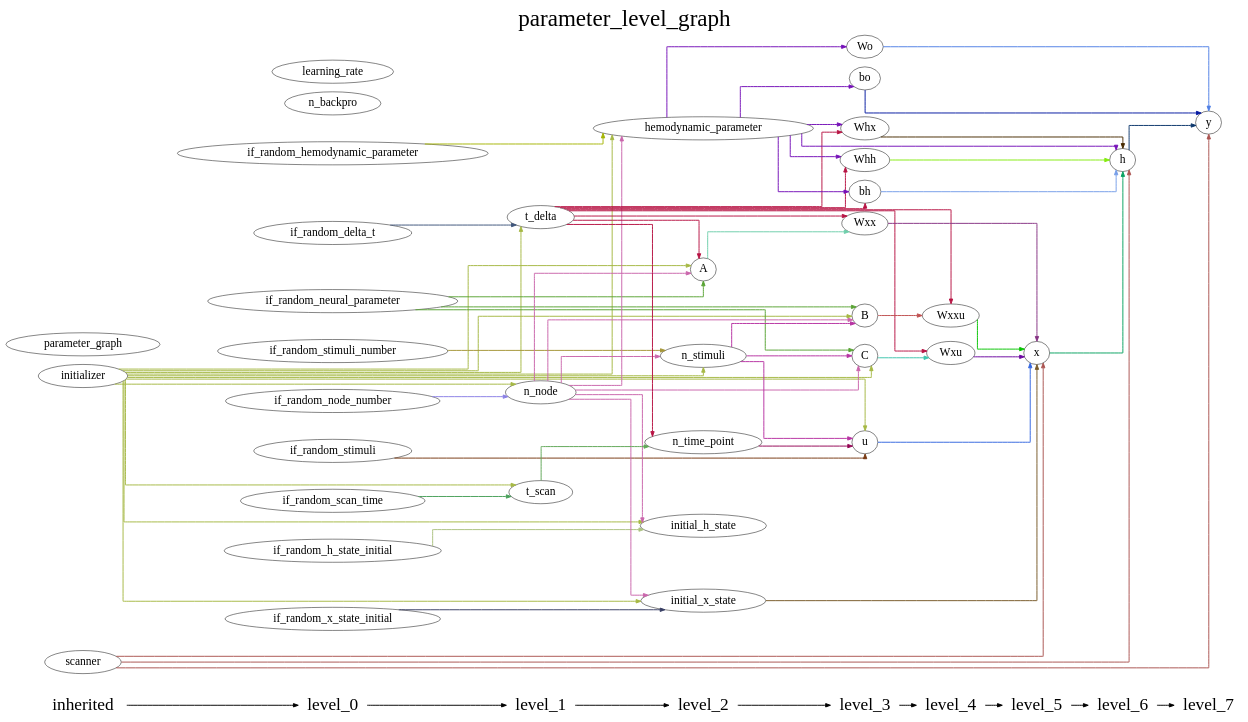
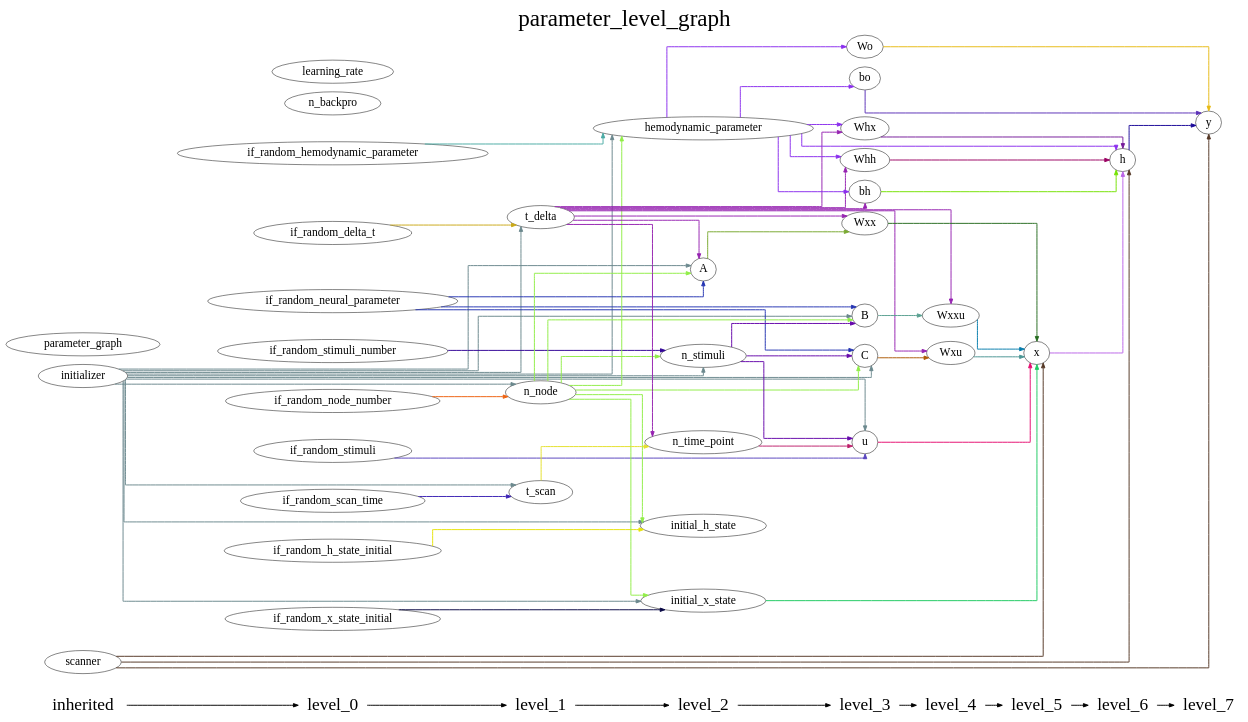
Before and after one commit to YuanWangOnward/DCM_RNN: the diagram in DCM_RNN/documents/parameter_level_graph.gv, drawn with Graphviz. The commit also changed 6 other files, not shown here.

```diff
--- a/DCM_RNN/documents/parameter_level_graph.gv
+++ b/DCM_RNN/documents/parameter_level_graph.gv
@@ -1,156 +1,156 @@
 digraph G {
           splines=ortho;
           fontsize = 48;
           rankdir = "LR";
           node[fontsize=24];
           edge[penwidth=2];
           {
           node [shape=plaintext fontsize=36];
           inherited -> 
           level_0 -> 
           level_1 -> 
           level_2 -> 
           level_3 -> 
           level_4 -> 
           level_5 -> 
           level_6 -> 
           level_7
           }
           {rank = same;
           inherited;
           initializer;
           parameter_graph;
           scanner;
           }
           {rank = same;
           level_0;
           if_random_neural_parameter;
           if_random_hemodynamic_parameter;
           if_random_x_state_initial;
           if_random_h_state_initial;
           if_random_stimuli;
           if_random_node_number;
           if_random_stimuli_number;
           if_random_delta_t;
           if_random_scan_time;
           n_backpro;
           learning_rate;
           }
           {rank = same;
           level_1;
           n_node;
           t_delta;
           t_scan;
           }
           {rank = same;
           level_2;
           n_time_point;
           n_stimuli;
           A;
           hemodynamic_parameter;
           initial_x_state;
           initial_h_state;
           }
           {rank = same;
           level_3;
           u;
           B;
           C;
           Wxx;
           Whx;
           Whh;
           bh;
           Wo;
           bo;
           }
           {rank = same;
           level_4;
           Wxxu;
           Wxu;
           }
           {rank = same;
           level_5;
           x;
           }
           {rank = same;
           level_6;
           h;
           }
           {rank = same;
           level_7;
           y;
           }
-          hemodynamic_parameter -> Whx [color="#7611B8"];
-          hemodynamic_parameter -> bh [color="#7611B8"];
-          hemodynamic_parameter -> Wo [color="#7611B8"];
-          hemodynamic_parameter -> bo [color="#7611B8"];
-          hemodynamic_parameter -> h [color="#7611B8"];
-          hemodynamic_parameter -> Whh [color="#7611B8"];
-          Wxxu -> x [color="#06C401"];
-          bh -> h [color="#779EE9"];
-          Wxx -> x [color="#863384"];
-          if_random_hemodynamic_parameter -> hemodynamic_parameter [color="#A6B506"];
-          t_scan -> n_time_point [color="#60A757"];
-          if_random_node_number -> n_node [color="#8A80E5"];
-          u -> x [color="#3467E0"];
-          if_random_neural_parameter -> B [color="#59A435"];
-          if_random_neural_parameter -> C [color="#59A435"];
-          if_random_neural_parameter -> A [color="#59A435"];
-          C -> Wxu [color="#3EC6AE"];
-          Wo -> y [color="#5080E5"];
-          n_time_point -> u [color="#950655"];
-          if_random_scan_time -> t_scan [color="#49A05A"];
+          u -> x [color="#E60C70"];
+          Wo -> y [color="#E7BA15"];
+          t_delta -> A [color="#9623B1"];
+          t_delta -> n_time_point [color="#9623B1"];
+          t_delta -> Whh [color="#9623B1"];
+          t_delta -> Wxx [color="#9623B1"];
+          t_delta -> Wxxu [color="#9623B1"];
+          t_delta -> Wxu [color="#9623B1"];
+          t_delta -> Whx [color="#9623B1"];
+          t_delta -> bh [color="#9623B1"];
+          initializer -> u [color="#6B888E"];
+          initializer -> t_delta [color="#6B888E"];
+          initializer -> n_stimuli [color="#6B888E"];
+          initializer -> t_scan [color="#6B888E"];
+          initializer -> hemodynamic_parameter [color="#6B888E"];
+          initializer -> C [color="#6B888E"];
+          initializer -> B [color="#6B888E"];
+          initializer -> n_node [color="#6B888E"];
+          initializer -> A [color="#6B888E"];
+          initializer -> initial_h_state [color="#6B888E"];
+          initializer -> initial_x_state [color="#6B888E"];
+          if_random_x_state_initial -> initial_x_state [color="#080744"];
+          initial_h_state ;
+          n_backpro ;
+          if_random_neural_parameter -> C [color="#2535B2"];
+          if_random_neural_parameter -> B [color="#2535B2"];
+          if_random_neural_parameter -> A [color="#2535B2"];
+          t_scan -> n_time_point [color="#E4E02B"];
+          hemodynamic_parameter -> Wo [color="#8A2EEE"];
+          hemodynamic_parameter -> Whh [color="#8A2EEE"];
+          hemodynamic_parameter -> bo [color="#8A2EEE"];
+          hemodynamic_parameter -> Whx [color="#8A2EEE"];
+          hemodynamic_parameter -> h [color="#8A2EEE"];
+          hemodynamic_parameter -> bh [color="#8A2EEE"];
+          if_random_scan_time -> t_scan [color="#3C23B5"];
+          C -> Wxu [color="#AE5B07"];
+          B -> Wxxu [color="#59A091"];
+          Wxx -> x [color="#266C20"];
+          n_node -> n_stimuli [color="#91EE48"];
+          n_node -> hemodynamic_parameter [color="#91EE48"];
+          n_node -> C [color="#91EE48"];
+          n_node -> B [color="#91EE48"];
+          n_node -> A [color="#91EE48"];
+          n_node -> initial_h_state [color="#91EE48"];
+          n_node -> initial_x_state [color="#91EE48"];
+          if_random_hemodynamic_parameter -> hemodynamic_parameter [color="#4BABA5"];
+          scanner -> x [color="#543725"];
+          scanner -> h [color="#543725"];
+          scanner -> y [color="#543725"];
+          parameter_graph ;
+          if_random_node_number -> n_node [color="#EE6210"];
+          A -> Wxx [color="#79A930"];
+          n_time_point -> u [color="#BE206C"];
           learning_rate ;
-          bo -> y [color="#0317A0"];
+          h -> y [color="#190798"];
+          Whh -> h [color="#9A0363"];
+          if_random_h_state_initial -> initial_h_state [color="#E6E308"];
+          x -> h [color="#BB65E9"];
+          bo -> y [color="#5A30B7"];
+          if_random_stimuli -> u [color="#5844BE"];
+          n_stimuli -> u [color="#6608AB"];
+          n_stimuli -> C [color="#6608AB"];
+          n_stimuli -> B [color="#6608AB"];
+          if_random_stimuli_number -> n_stimuli [color="#310497"];
+          Wxxu -> x [color="#057CAC"];
+          Wxu -> x [color="#4B9594"];
+          Whx -> h [color="#741B99"];
+          if_random_delta_t -> t_delta [color="#CAA917"];
+          bh -> h [color="#74E202"];
           y ;
-          t_delta -> Whx [color="#B71343"];
-          t_delta -> Wxxu [color="#B71343"];
-          t_delta -> bh [color="#B71343"];
-          t_delta -> Wxx [color="#B71343"];
-          t_delta -> n_time_point [color="#B71343"];
-          t_delta -> Whh [color="#B71343"];
-          t_delta -> A [color="#B71343"];
-          t_delta -> Wxu [color="#B71343"];
-          if_random_h_state_initial -> initial_h_state [color="#ACC280"];
-          if_random_stimuli -> u [color="#783912"];
-          h -> y [color="#0B366B"];
-          Whh -> h [color="#84EC10"];
-          if_random_stimuli_number -> n_stimuli [color="#A59637"];
-          initial_x_state -> x [color="#795A29"];
-          x -> h [color="#09A362"];
-          B -> Wxxu [color="#C05050"];
-          parameter_graph ;
-          n_node -> hemodynamic_parameter [color="#CA66AC"];
-          n_node -> B [color="#CA66AC"];
-          n_node -> C [color="#CA66AC"];
-          n_node -> initial_x_state [color="#CA66AC"];
-          n_node -> n_stimuli [color="#CA66AC"];
-          n_node -> initial_h_state [color="#CA66AC"];
-          n_node -> A [color="#CA66AC"];
-          if_random_x_state_initial -> initial_x_state [color="#383E64"];
-          n_backpro ;
-          initializer -> hemodynamic_parameter [color="#A6B844"];
-          initializer -> B [color="#A6B844"];
-          initializer -> t_scan [color="#A6B844"];
-          initializer -> u [color="#A6B844"];
-          initializer -> C [color="#A6B844"];
-          initializer -> t_delta [color="#A6B844"];
-          initializer -> initial_x_state [color="#A6B844"];
-          initializer -> n_node [color="#A6B844"];
-          initializer -> n_stimuli [color="#A6B844"];
-          initializer -> initial_h_state [color="#A6B844"];
-          initializer -> A [color="#A6B844"];
-          A -> Wxx [color="#6ECEAB"];
-          initial_h_state ;
-          Whx -> h [color="#492B00"];
-          Wxu -> x [color="#6C07A0"];
-          scanner -> y [color="#AB5451"];
-          scanner -> h [color="#AB5451"];
-          scanner -> x [color="#AB5451"];
-          n_stimuli -> B [color="#B733A3"];
-          n_stimuli -> u [color="#B733A3"];
-          n_stimuli -> C [color="#B733A3"];
-          if_random_delta_t -> t_delta [color="#3E557B"];
+          initial_x_state -> x [color="#1ECA62"];
           labelloc = "t";
           label = "parameter_level_graph";
 }
```
